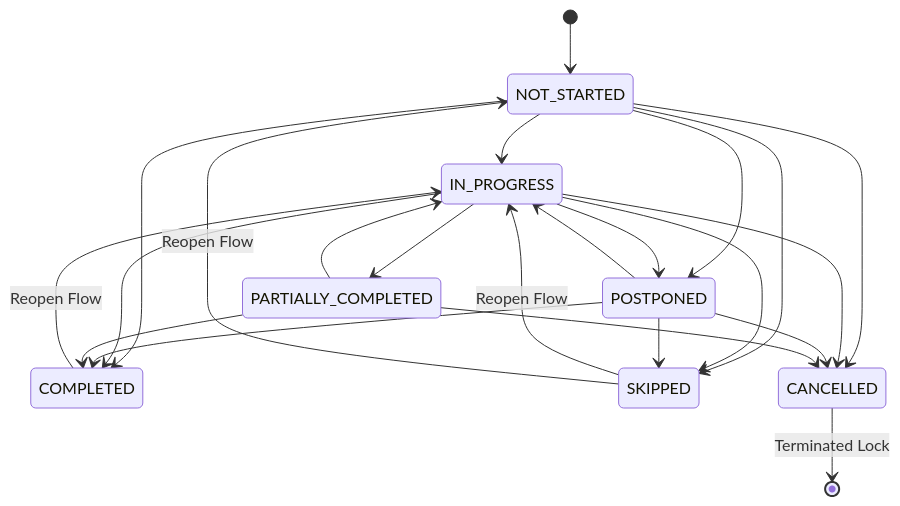
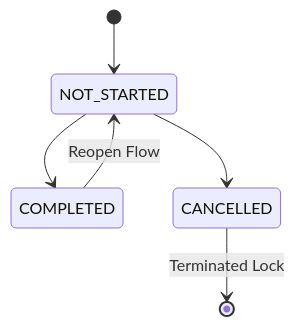
Before and after one commit to Kenshi-03/sophia: the diagram in benchmarks/course_session_progress_governance.md, drawn with Mermaid. The commit also changed other lines of this file and 13 other files, not shown here.

````diff
--- a/benchmarks/course_session_progress_governance.md
+++ b/benchmarks/course_session_progress_governance.md
@@ -27,30 +34,9 @@
 ```mermaid
 stateDiagram-v2
     [*] --> NOT_STARTED
-    NOT_STARTED --> IN_PROGRESS
     NOT_STARTED --> COMPLETED
-    NOT_STARTED --> POSTPONED
-    NOT_STARTED --> SKIPPED
     NOT_STARTED --> CANCELLED
     
-    IN_PROGRESS --> COMPLETED
-    IN_PROGRESS --> PARTIALLY_COMPLETED
-    IN_PROGRESS --> POSTPONED
-    IN_PROGRESS --> SKIPPED
-    IN_PROGRESS --> CANCELLED
-    
-    POSTPONED --> IN_PROGRESS
-    POSTPONED --> COMPLETED
-    POSTPONED --> SKIPPED
-    POSTPONED --> CANCELLED
-    
-    PARTIALLY_COMPLETED --> IN_PROGRESS
-    PARTIALLY_COMPLETED --> COMPLETED
-    PARTIALLY_COMPLETED --> CANCELLED
-    
-    COMPLETED --> IN_PROGRESS : Reopen Flow
-    SKIPPED --> IN_PROGRESS : Reopen Flow
-    SKIPPED --> NOT_STARTED : Reopen Flow
-    
+    COMPLETED --> NOT_STARTED : Reopen Flow
     CANCELLED --> [*] : Terminated Lock
 ```
````
